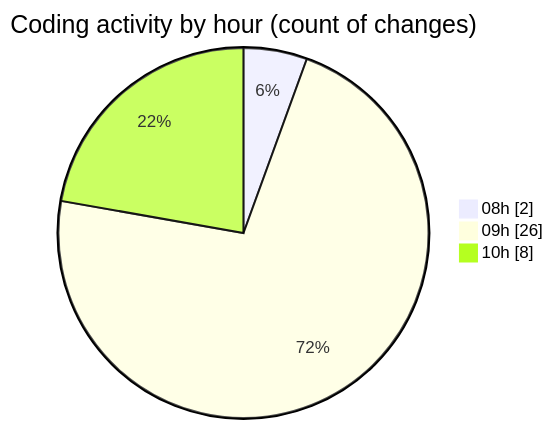
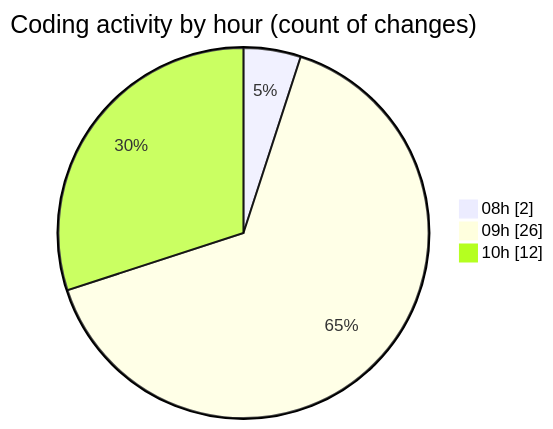
One commit to Elitesun/code-tracking changed the second of 2 diagrams in 2025-05-20/niten/README.md. Above: the diagram before and after it, drawn with Mermaid. The commit also changed other lines of this file and 1 other file, not shown here.

````diff
--- a/2025-05-20/niten/README.md
+++ b/2025-05-20/niten/README.md
@@ -43,7 +45,7 @@
 ```mermaid
 pie showData
 title Coding activity by hour (count of changes)
 "08h" : 2
 "09h" : 26
-"10h" : 8
+"10h" : 12
 ```
````
